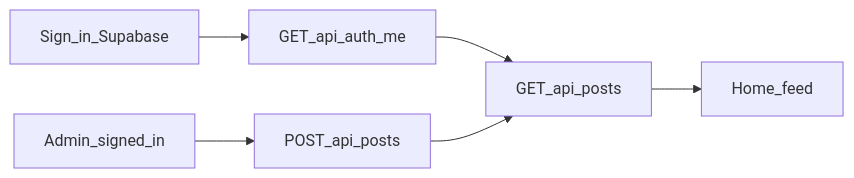
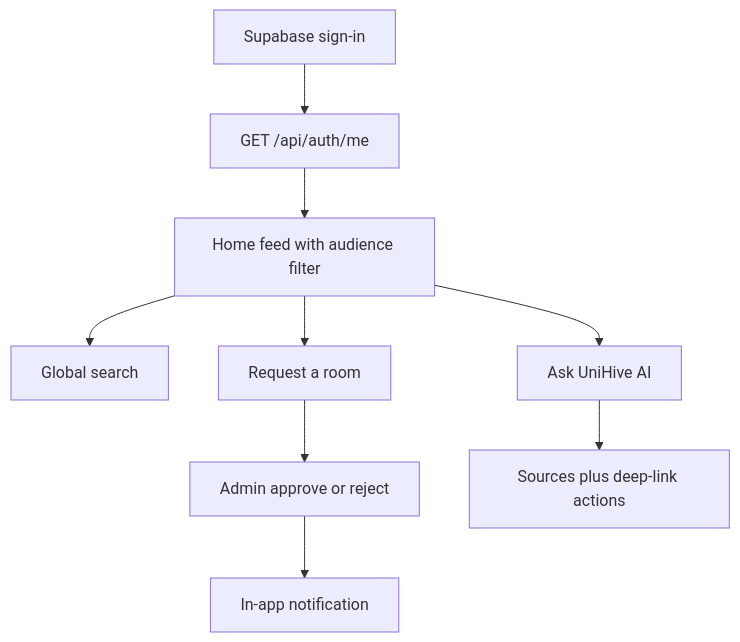
The first of 3 diagrams in REPORT.md (DevDash-26/Team-Axiom), drawn with Mermaid before and after one commit. The commit also changed other lines of this file and 1 other file, not shown here.

````diff
--- a/REPORT.md
+++ b/REPORT.md
@@ -47,8 +63,11 @@
 ```mermaid
-flowchart LR
-  Login[Sign_in_Supabase] --> Me[GET_api_auth_me]
-  Me --> Feed[GET_api_posts]
-  Feed --> Card[Home_feed]
-  Admin[Admin_signed_in] --> Create[POST_api_posts]
-  Create --> Feed
+flowchart TD
+  SignIn[Supabase sign-in] --> Me[GET /api/auth/me]
+  Me --> Feed[Home feed with audience filter]
+  Feed --> Search[Global search]
+  Feed --> Book[Request a room]
+  Book --> Staff[Admin approve or reject]
+  Staff --> Notify[In-app notification]
+  Feed --> AI[Ask UniHive AI]
+  AI --> Sources[Sources plus deep-link actions]
 ```
````
